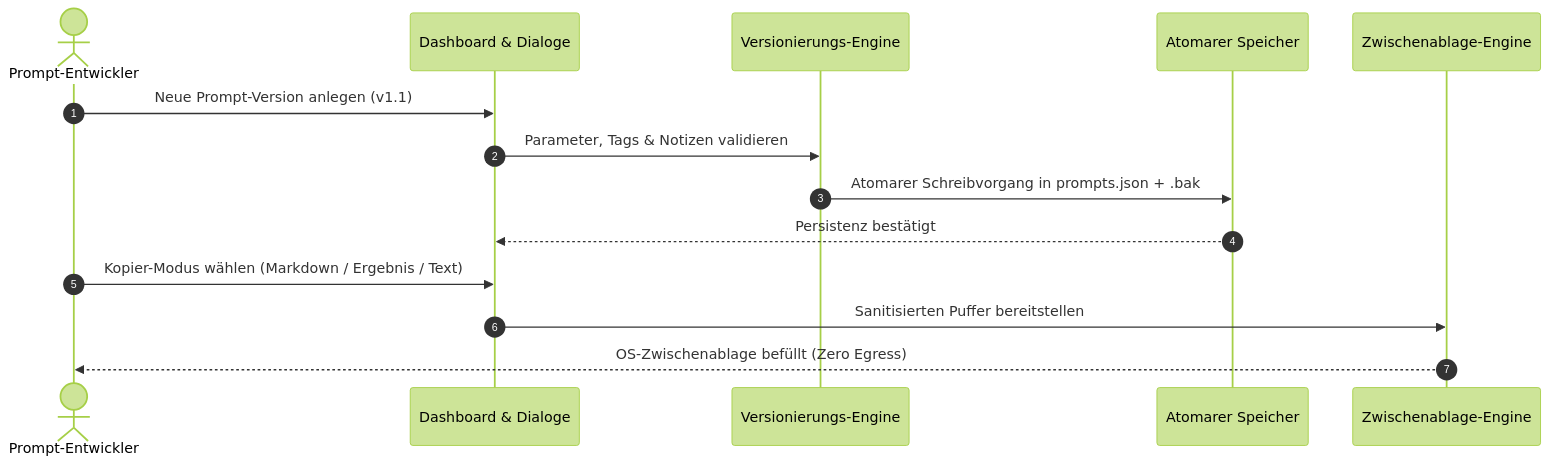
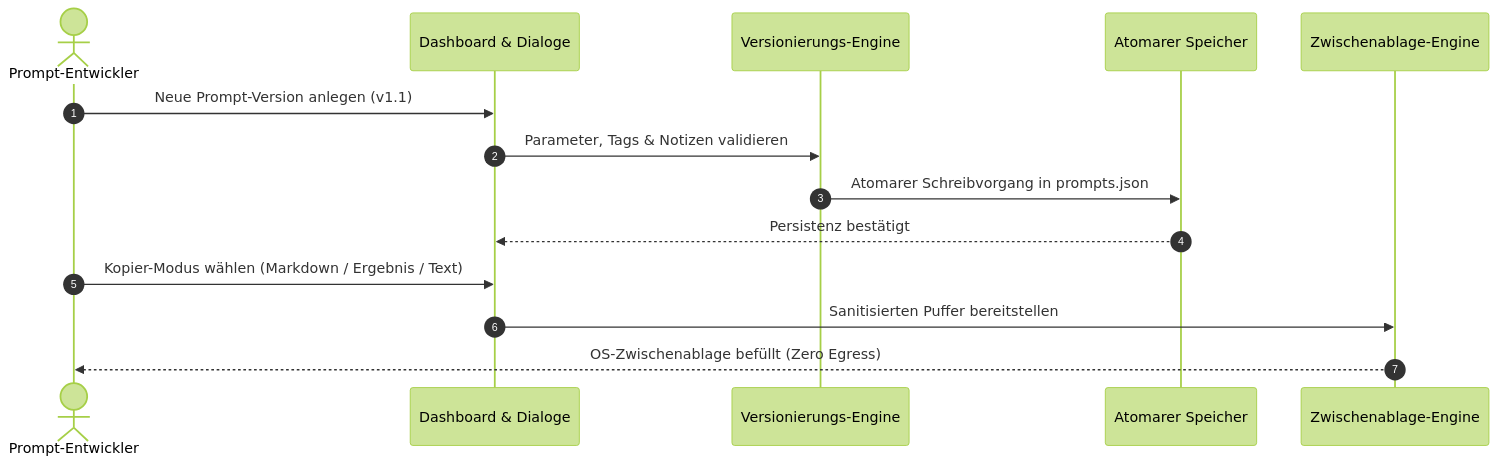
One commit to file-bricks/ProfiPrompt changed the second of 2 diagrams in README_de.md. Above: the diagram before and after it, drawn with Mermaid (forest theme). The commit also changed other lines of this file and 78 other files, not shown here.

````diff
--- a/README_de.md
+++ b/README_de.md
@@ -216,17 +216,17 @@
 ```mermaid
 sequenceDiagram
     autonumber
     actor Engineer as Prompt-Entwickler
     participant UI as Dashboard & Dialoge
     participant Engine as Versionierungs-Engine
     participant Store as Atomarer Speicher
     participant Clip as Zwischenablage-Engine
 
     Engineer->>UI: Neue Prompt-Version anlegen (v1.1)
     UI->>Engine: Parameter, Tags & Notizen validieren
-    Engine->>Store: Atomarer Schreibvorgang in prompts.json + .bak
+    Engine->>Store: Atomarer Schreibvorgang in prompts.json
     Store-->>UI: Persistenz bestätigt
     Engineer->>UI: Kopier-Modus wählen (Markdown / Ergebnis / Text)
     UI->>Clip: Sanitisierten Puffer bereitstellen
     Clip-->>Engineer: OS-Zwischenablage befüllt (Zero Egress)
 ```
````
